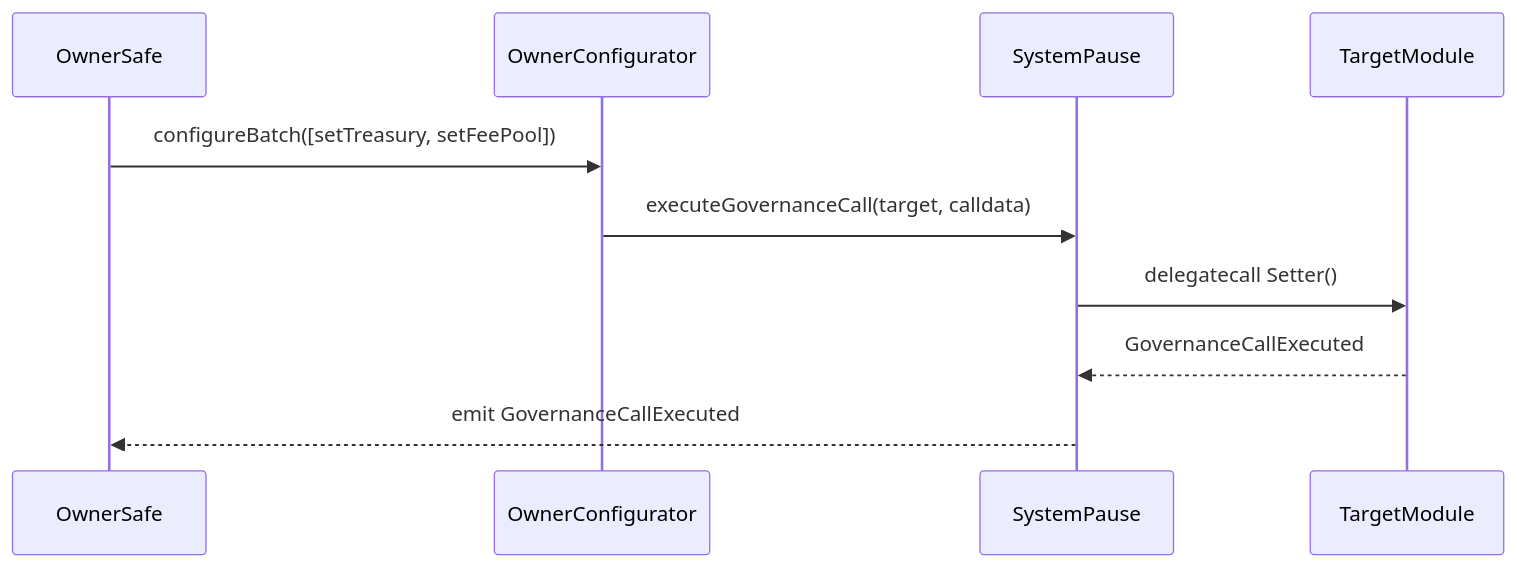
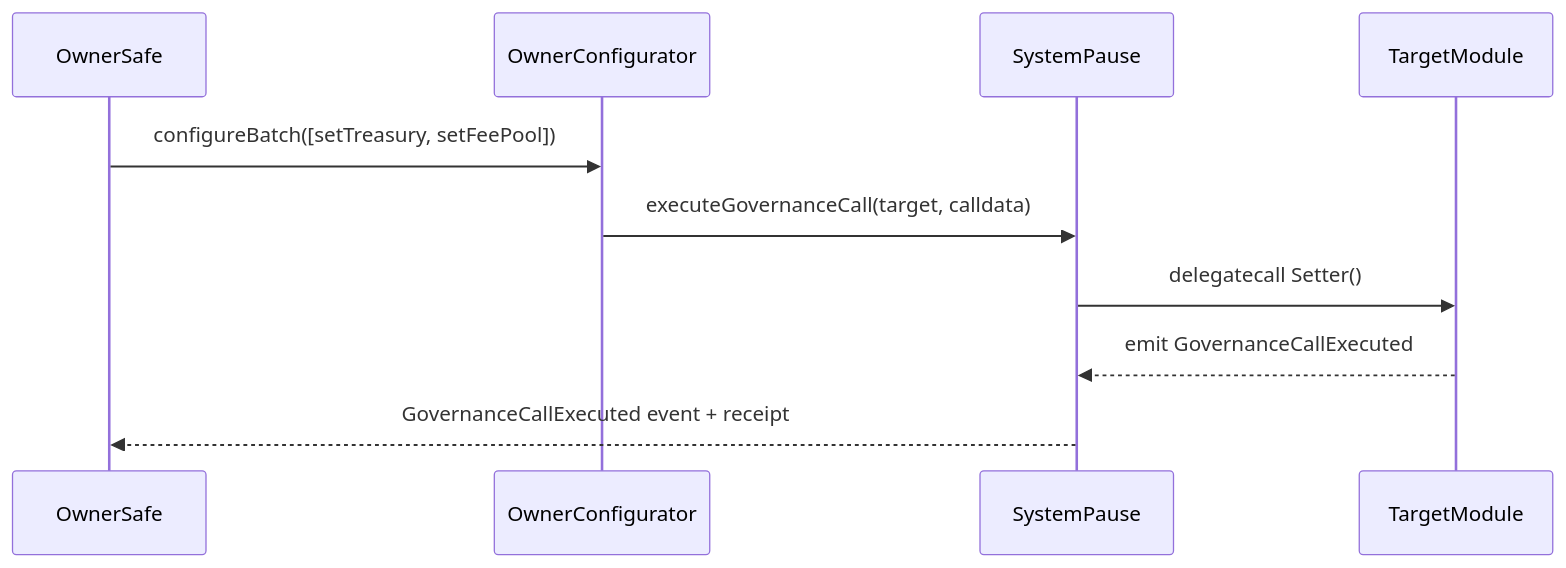
The third of 4 diagrams in deploy/README.md (MontrealAI/agijobs-sovereign-labor-v0p1), drawn with Mermaid before and after one commit. The commit also changed other lines of this file, not shown here.

````diff
--- a/deploy/README.md
+++ b/deploy/README.md
@@ -204,12 +270,12 @@
 ```mermaid
 sequenceDiagram
     participant OwnerSafe
     participant OwnerConfigurator
     participant SystemPause
     participant TargetModule
     OwnerSafe->>OwnerConfigurator: configureBatch([setTreasury, setFeePool])
     OwnerConfigurator->>SystemPause: executeGovernanceCall(target, calldata)
     SystemPause->>TargetModule: delegatecall Setter()
-    TargetModule-->>SystemPause: GovernanceCallExecuted
-    SystemPause-->>OwnerSafe: emit GovernanceCallExecuted
+    TargetModule-->>SystemPause: emit GovernanceCallExecuted
+    SystemPause-->>OwnerSafe: GovernanceCallExecuted event + receipt
 ```
````
